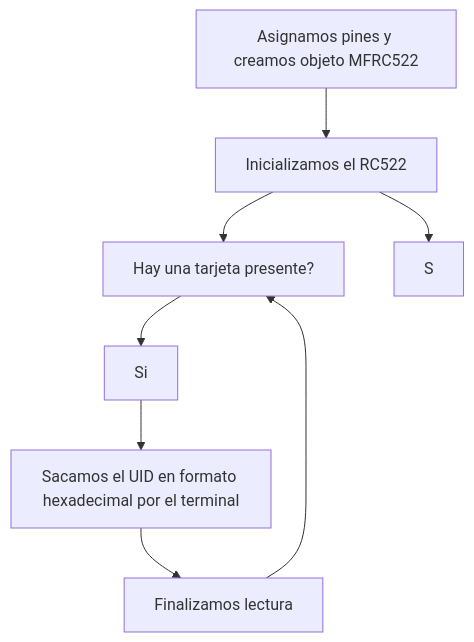
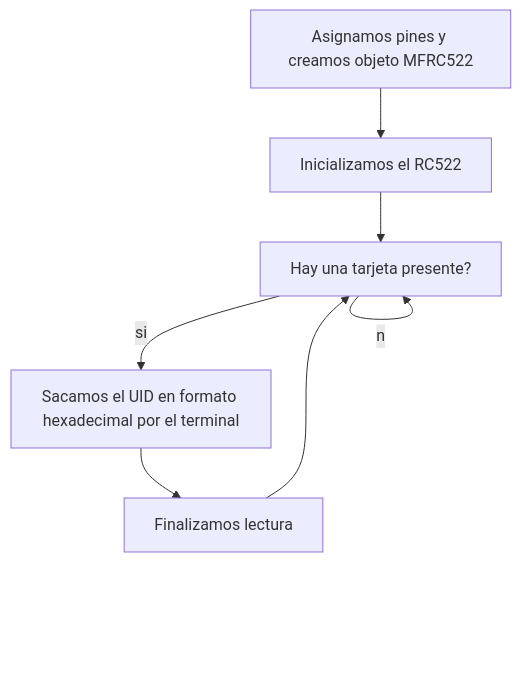
One commit to ona03/PD_P6 changed the second of 2 diagrams in README.md. Above: the diagram before and after it, drawn with Mermaid. The commit also changed other lines of this file, not shown here.

````diff
--- a/README.md
+++ b/README.md
@@ -174,8 +168,7 @@
 ```mermaid
 flowchart TD;
   A[Asignamos pines y creamos objeto MFRC522]-->B[Inicializamos el RC522];
-  B-->C[Hay una tarjeta presente?]-->D[Si];
-  D-->E[Sacamos el UID en formato hexadecimal por el terminal];
-  E-->F[Finalizamos lectura]-->C;
-  B-->G[S]
+  B-->C[Hay una tarjeta presente?]-- si -->D[Sacamos el UID en formato hexadecimal por el terminal];
+  C--no-->C;
+  D-->E[Finalizamos lectura]-->C;
 ```
````
